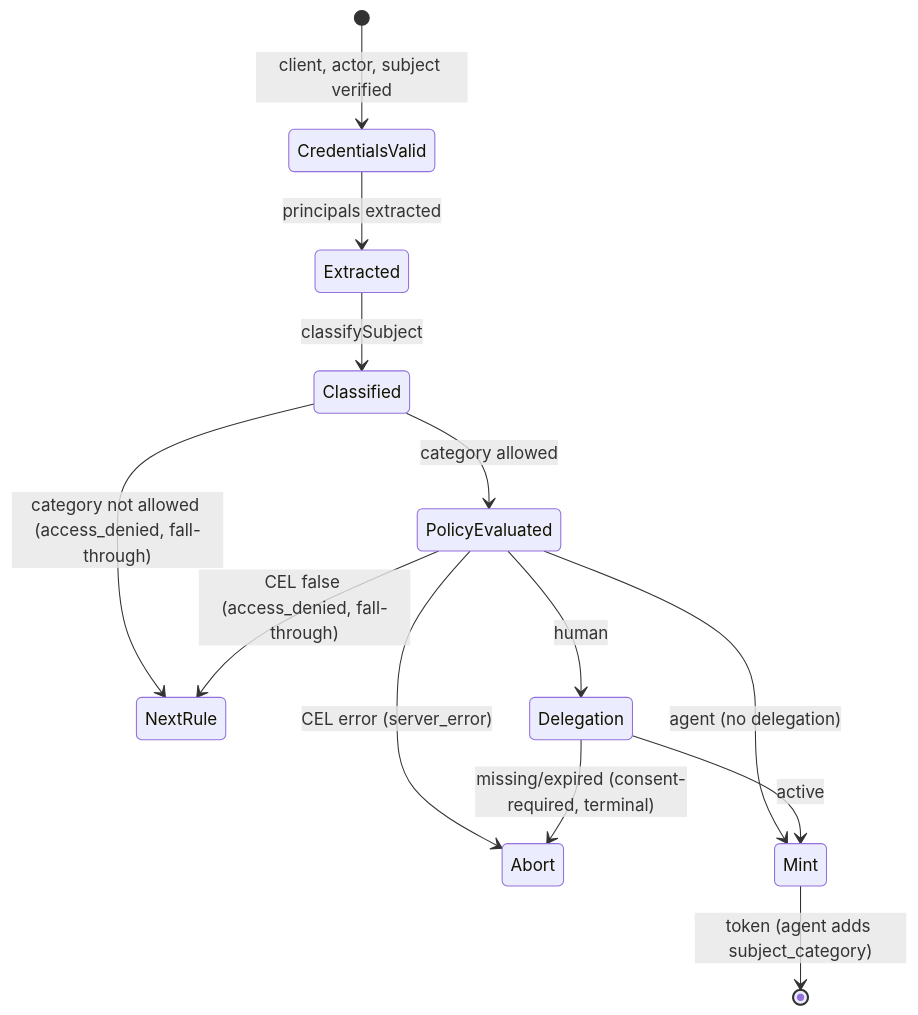
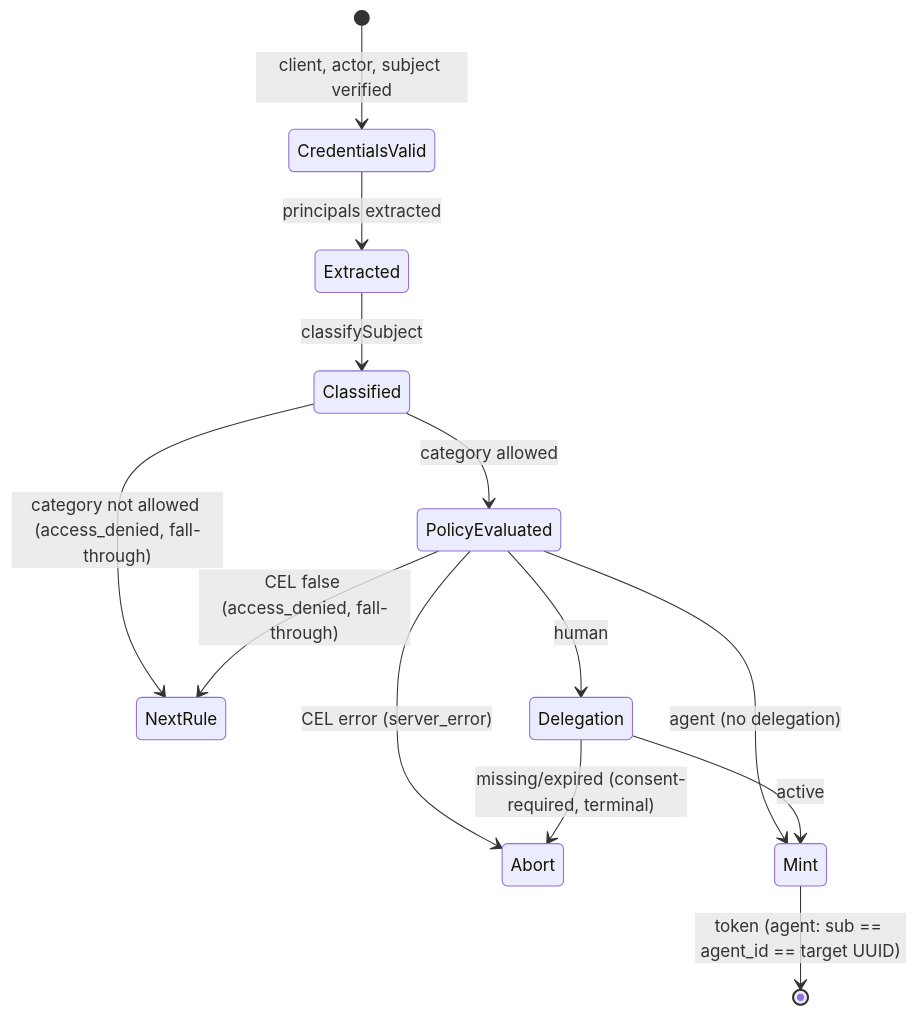
Before and after one commit to zalando-incubator/agentic-identity-broker: the diagram in specs/054-agent-subject-impersonation/data-model.md, drawn with Mermaid. The commit also changed other lines of this file and 8 other files, not shown here.

First line of the commit message:
docs(plan): detect agent-subject tokens with configurable CEL (054)

````diff
--- a/specs/054-agent-subject-impersonation/data-model.md
+++ b/specs/054-agent-subject-impersonation/data-model.md
@@ -117,15 +117,15 @@
 ```mermaid
 stateDiagram-v2
     [*] --> CredentialsValid: client, actor, subject verified
     CredentialsValid --> Extracted: principals extracted
     Extracted --> Classified: classifySubject
     Classified --> NextRule: category not allowed (access_denied, fall-through)
     Classified --> PolicyEvaluated: category allowed
     PolicyEvaluated --> NextRule: CEL false (access_denied, fall-through)
     PolicyEvaluated --> Abort: CEL error (server_error)
     PolicyEvaluated --> Delegation: human
     PolicyEvaluated --> Mint: agent (no delegation)
     Delegation --> Mint: active
     Delegation --> Abort: missing/expired (consent-required, terminal)
-    Mint --> [*]: token (agent adds subject_category)
+    Mint --> [*]: token (agent: sub == agent_id == target UUID)
 ```
````
